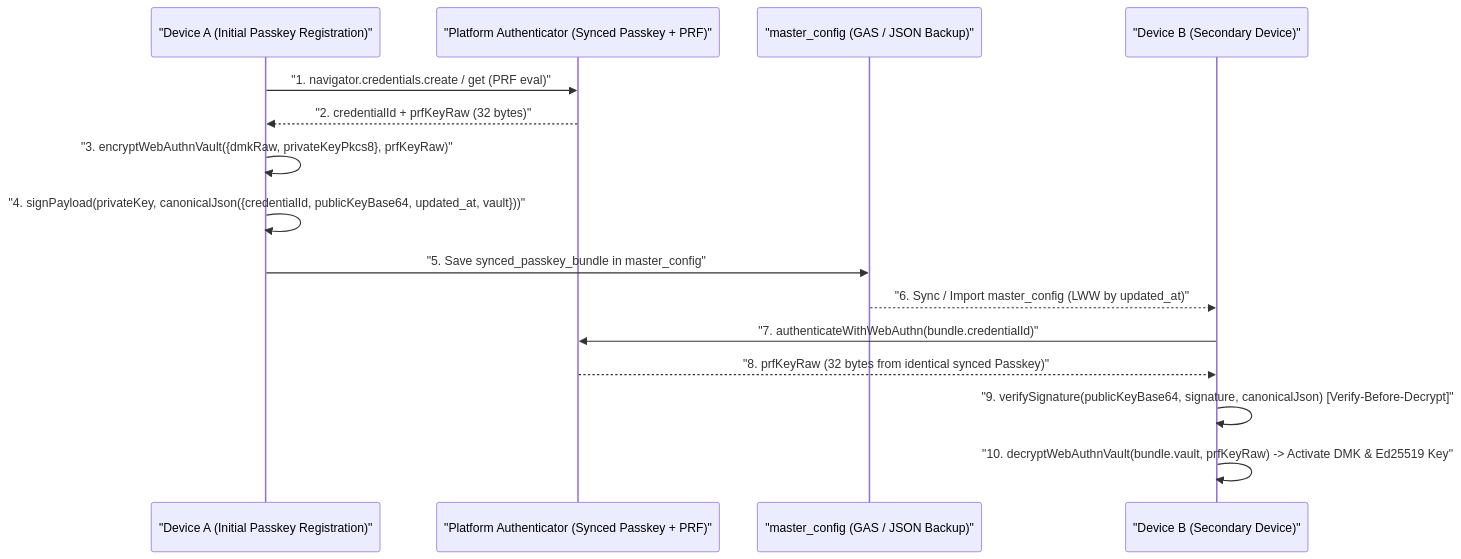
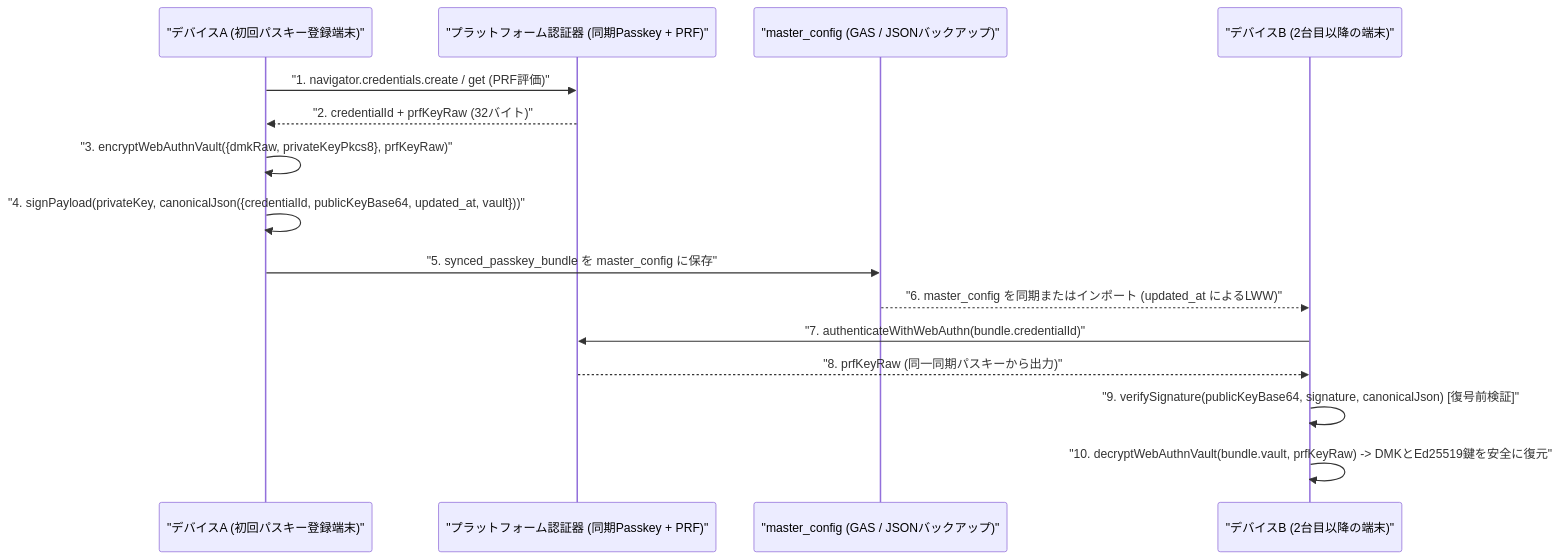
Before and after one commit to tekuteku-life/yose: the diagram in docs/reviews/review32.md, drawn with Mermaid. The commit also changed other lines of this file and 6 other files, not shown here.

````diff
--- a/docs/reviews/review32.md
+++ b/docs/reviews/review32.md
@@ -36,18 +40,18 @@
 ```mermaid
 sequenceDiagram
-    participant DevA as "Device A (Initial Passkey Registration)"
-    participant Auth as "Platform Authenticator (Synced Passkey + PRF)"
-    participant Store as "master_config (GAS / JSON Backup)"
-    participant DevB as "Device B (Secondary Device)"
+    participant DevA as "デバイスA (初回パスキー登録端末)"
+    participant Auth as "プラットフォーム認証器 (同期Passkey + PRF)"
+    participant Store as "master_config (GAS / JSONバックアップ)"
+    participant DevB as "デバイスB (2台目以降の端末)"
 
-    DevA->>Auth: "1. navigator.credentials.create / get (PRF eval)"
-    Auth-->>DevA: "2. credentialId + prfKeyRaw (32 bytes)"
+    DevA->>Auth: "1. navigator.credentials.create / get (PRF評価)"
+    Auth-->>DevA: "2. credentialId + prfKeyRaw (32バイト)"
     DevA->>DevA: "3. encryptWebAuthnVault({dmkRaw, privateKeyPkcs8}, prfKeyRaw)"
     DevA->>DevA: "4. signPayload(privateKey, canonicalJson({credentialId, publicKeyBase64, updated_at, vault}))"
-    DevA->>Store: "5. Save synced_passkey_bundle in master_config"
-    Store-->>DevB: "6. Sync / Import master_config (LWW by updated_at)"
+    DevA->>Store: "5. synced_passkey_bundle を master_config に保存"
+    Store-->>DevB: "6. master_config を同期またはインポート (updated_at によるLWW)"
     DevB->>Auth: "7. authenticateWithWebAuthn(bundle.credentialId)"
-    Auth-->>DevB: "8. prfKeyRaw (32 bytes from identical synced Passkey)"
-    DevB->>DevB: "9. verifySignature(publicKeyBase64, signature, canonicalJson) [Verify-Before-Decrypt]"
-    DevB->>DevB: "10. decryptWebAuthnVault(bundle.vault, prfKeyRaw) -> Activate DMK & Ed25519 Key"
+    Auth-->>DevB: "8. prfKeyRaw (同一同期パスキーから出力)"
+    DevB->>DevB: "9. verifySignature(publicKeyBase64, signature, canonicalJson) [復号前検証]"
+    DevB->>DevB: "10. decryptWebAuthnVault(bundle.vault, prfKeyRaw) -> DMKとEd25519鍵を安全に復元"
 ```
````
